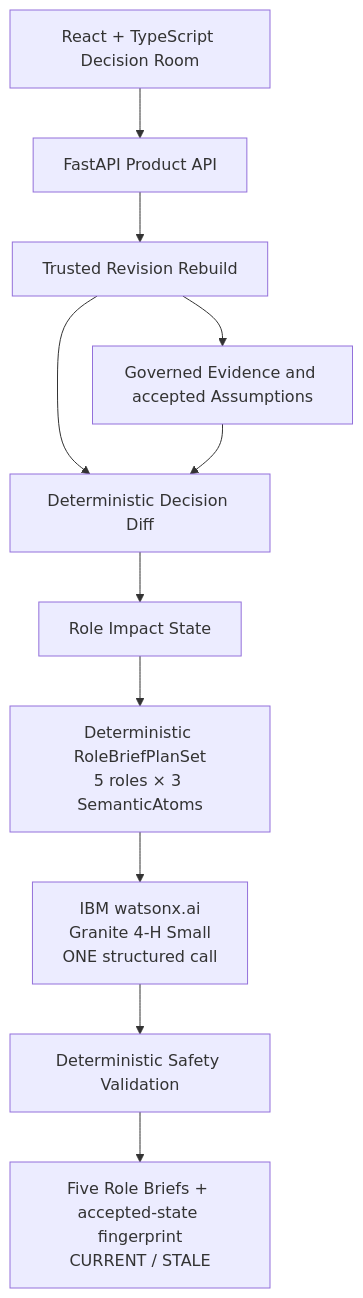
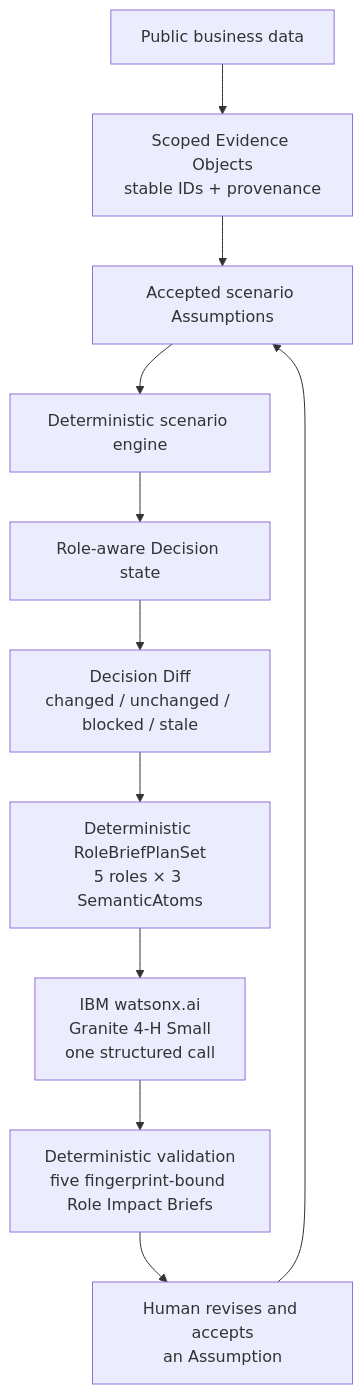
The diagram in README.md (wangz99-crypto/rolelens), drawn with Mermaid before and after one commit. The commit also changed other lines of this file and 10 other files, not shown here.

````diff
--- a/README.md
+++ b/README.md
@@ -107,13 +86,13 @@
 ```mermaid
 flowchart TD
-    A[React + TypeScript Decision Room] --> B[FastAPI Product API]
-    B --> C[Trusted Revision Rebuild]
-    C --> D[Governed Evidence and accepted Assumptions]
-    C --> E[Deterministic Decision Diff]
-    D --> E
-    E --> F[Role Impact State]
+    A[Public business data] --> B[Scoped Evidence Objects<br/>stable IDs + provenance]
+    B --> C[Accepted scenario Assumptions]
+    C --> D[Deterministic scenario engine]
+    D --> E[Role-aware Decision state]
+    H[Human revises and accepts<br/>an Assumption] --> C
+    E --> F[Decision Diff<br/>changed / unchanged / blocked / stale]
     F --> G[Deterministic RoleBriefPlanSet<br/>5 roles × 3 SemanticAtoms]
-    G --> H[IBM watsonx.ai<br/>Granite 4-H Small<br/>ONE structured call]
-    H --> I[Deterministic Safety Validation]
-    I --> J[Five Role Briefs + accepted-state fingerprint<br/>CURRENT / STALE]
+    G --> I[IBM watsonx.ai<br/>Granite 4-H Small<br/>one structured call]
+    I --> J[Deterministic validation<br/>five fingerprint-bound Role Impact Briefs]
+    J --> H
 ```
````
